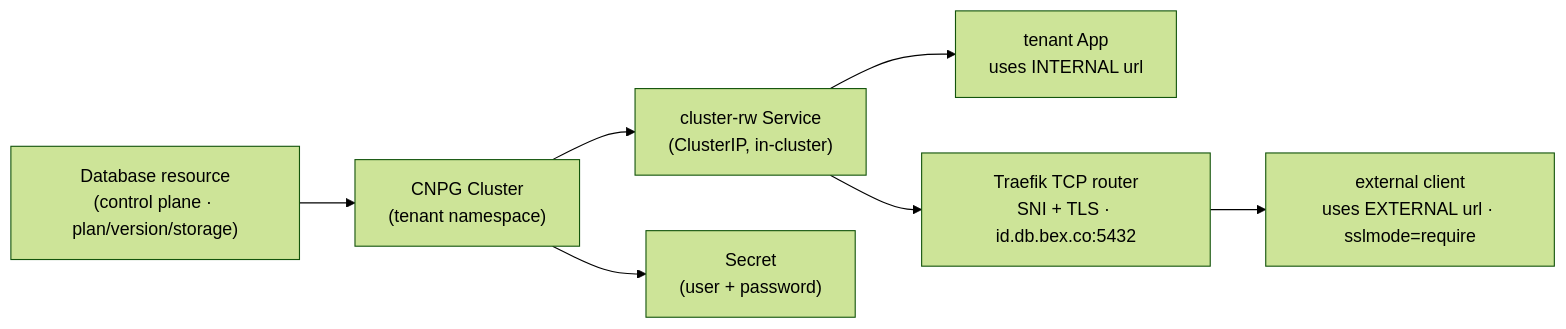
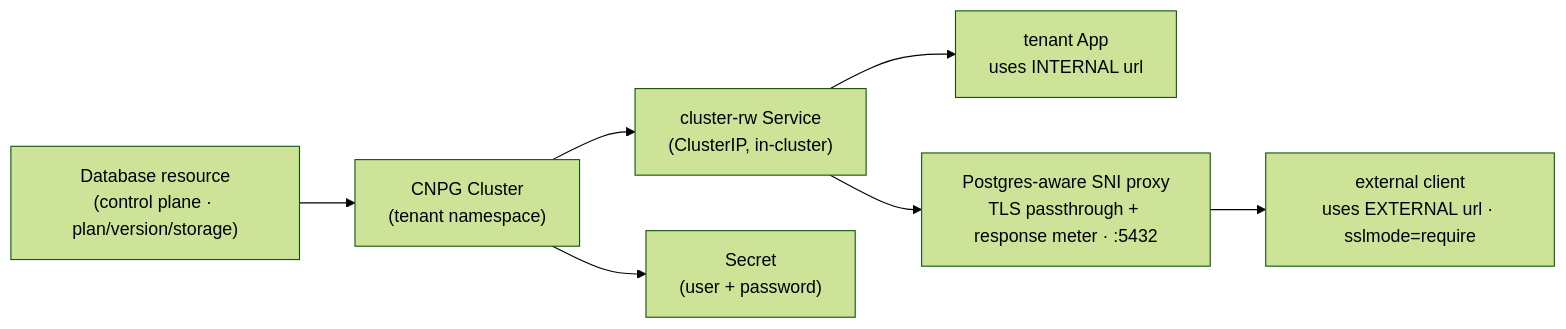
One commit to cuckoo-network/cuckoo changed the diagram in docs/ADR009-postgresql-management.md. Above: the diagram before and after it, drawn with Mermaid (forest theme). The commit also changed other lines of this file and 115 other files, not shown here.

````diff
--- a/docs/ADR009-postgresql-management.md
+++ b/docs/ADR009-postgresql-management.md
@@ -33,9 +33,9 @@
 ```mermaid
 flowchart LR
   db["Database resource<br/>(control plane · plan/version/storage)"] --> cnpg["CNPG Cluster<br/>(tenant namespace)"]
   cnpg --> svc["cluster-rw Service<br/>(ClusterIP, in-cluster)"]
   cnpg --> sec["Secret<br/>(user + password)"]
   svc --> appx["tenant App<br/>uses INTERNAL url"]
-  svc --> tcp["Traefik TCP router<br/>SNI + TLS · id.db.bex.co:5432"]
+  svc --> tcp["Postgres-aware SNI proxy<br/>TLS passthrough + response meter · :5432"]
   tcp --> ext["external client<br/>uses EXTERNAL url · sslmode=require"]
 ```
````
